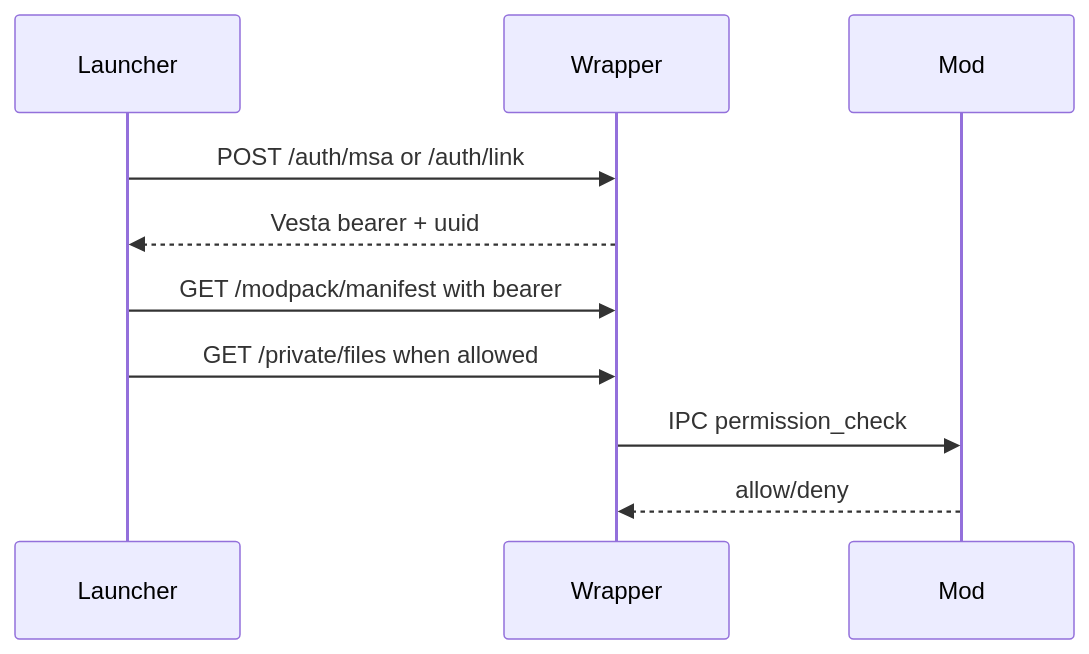
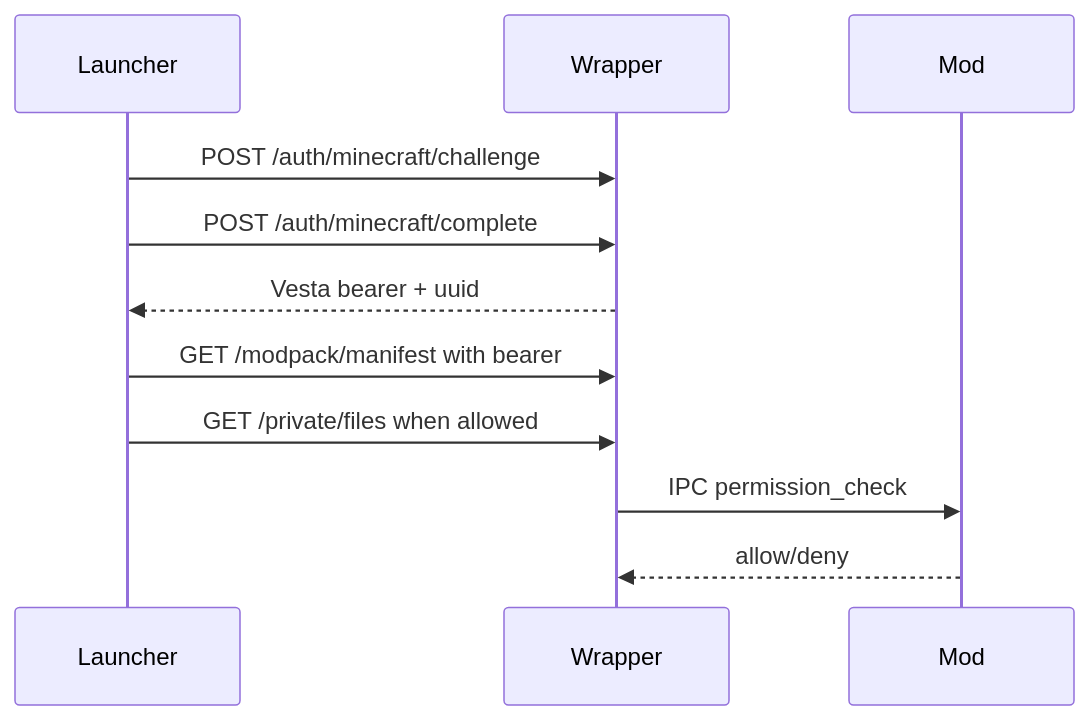
One commit to vesta-project/server changed the third of 4 diagrams in docs/PRODUCT_ROADMAP.md. Above: the diagram before and after it, drawn with Mermaid. The commit also changed other lines of this file and 9 other files, not shown here.

````diff
--- a/docs/PRODUCT_ROADMAP.md
+++ b/docs/PRODUCT_ROADMAP.md
@@ -158,12 +149,13 @@
 ```mermaid
 sequenceDiagram
   participant L as Launcher
   participant W as Wrapper
   participant M as Mod
-  L->>W: POST /auth/msa or /auth/link
+  L->>W: POST /auth/minecraft/challenge
+  L->>W: POST /auth/minecraft/complete
   W-->>L: Vesta bearer + uuid
   L->>W: GET /modpack/manifest with bearer
   L->>W: GET /private/files when allowed
   W->>M: IPC permission_check
   M-->>W: allow/deny
 ```
````
